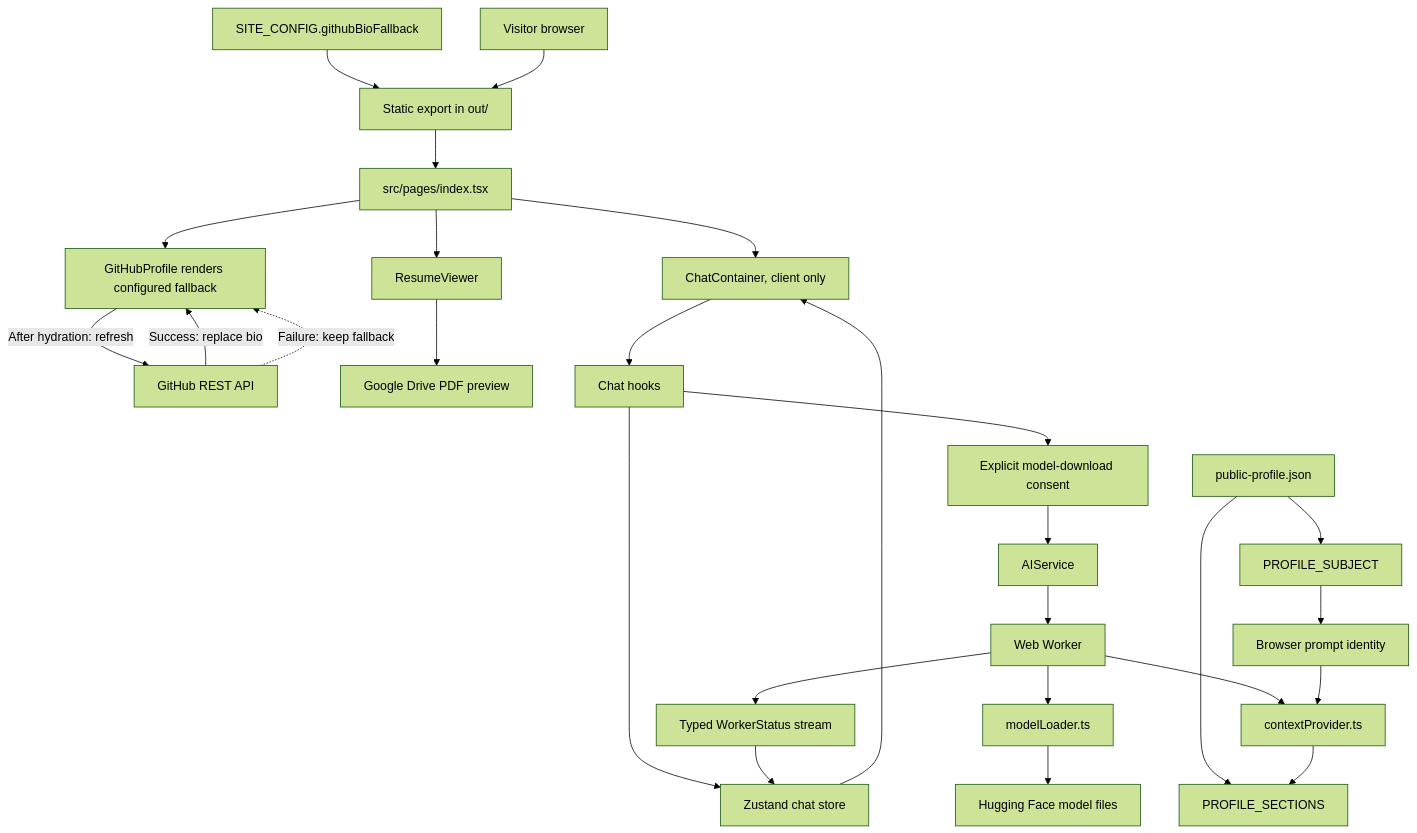
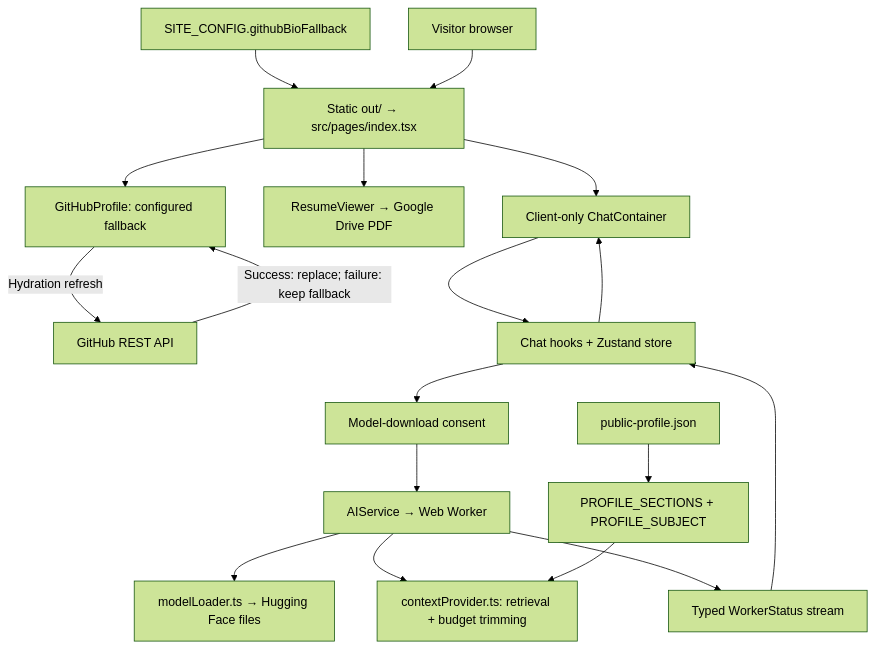
The first of 4 diagrams in docs/DIAGRAMS.md (justinthelaw/justinthelaw), drawn with Mermaid (forest theme) before and after one commit. The commit also changed other lines of this file and 38 other files, not shown here.

````diff
--- a/docs/DIAGRAMS.md
+++ b/docs/DIAGRAMS.md
@@ -22,29 +9,20 @@
 ```mermaid
 flowchart TD
-  siteConfig["SITE_CONFIG.githubBioFallback"] --> staticSite
-  visitor["Visitor browser"] --> staticSite["Static export in out/"]
-  staticSite --> page["src/pages/index.tsx"]
-  page --> profile["GitHubProfile renders configured fallback"]
-  profile -->|"After hydration: refresh"| github["GitHub REST API"]
-  github -->|"Success: replace bio"| profile
-  github -.->|"Failure: keep fallback"| profile
-  page --> resume["ResumeViewer"]
-  resume --> drive["Google Drive PDF preview"]
-  page --> chat["ChatContainer, client only"]
-  chat --> chatHooks["Chat hooks"]
-  chatHooks --> chatStore["Zustand chat store"]
-  chatHooks --> consent["Explicit model-download consent"]
-  consent --> aiService["AIService"]
-  aiService --> worker["Web Worker"]
-  worker --> loader["modelLoader.ts"]
-  loader --> hf["Hugging Face model files"]
-  worker --> context["contextProvider.ts"]
-  canonicalProfile["public-profile.json"] --> profileSections["PROFILE_SECTIONS"]
-  canonicalProfile --> profileSubject["PROFILE_SUBJECT"]
-  profileSubject --> promptIdentity["Browser prompt identity"]
-  promptIdentity --> context
-  context --> profileSections["PROFILE_SECTIONS"]
-  worker --> stream["Typed WorkerStatus stream"]
-  stream --> chatStore
-  chatStore --> chat
+  config["SITE_CONFIG.githubBioFallback"] --> page["Static out/ → src/pages/index.tsx"]
+  visitor["Visitor browser"] --> page
+  page --> profile["GitHubProfile: configured fallback"]
+  profile -->|"Hydration refresh"| github["GitHub REST API"]
+  github -->|"Success: replace; failure: keep fallback"| profile
+  page --> resume["ResumeViewer → Google Drive PDF"]
+  page --> chat["Client-only ChatContainer"]
+  chat --> hooks["Chat hooks + Zustand store"]
+  hooks --> consent["Model-download consent"]
+  consent --> service["AIService → Web Worker"]
+  service --> loader["modelLoader.ts → Hugging Face files"]
+  service --> context["contextProvider.ts: retrieval + budget trimming"]
+  facts["public-profile.json"] --> sections["PROFILE_SECTIONS + PROFILE_SUBJECT"]
+  sections --> context
+  service --> stream["Typed WorkerStatus stream"]
+  stream --> hooks
+  hooks --> chat
 ```
````
